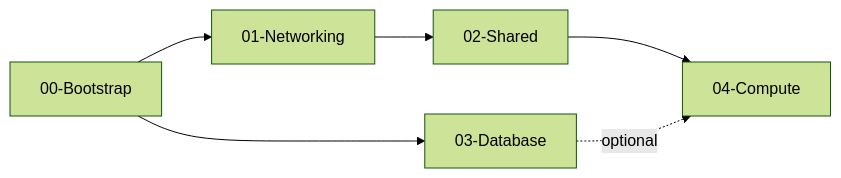
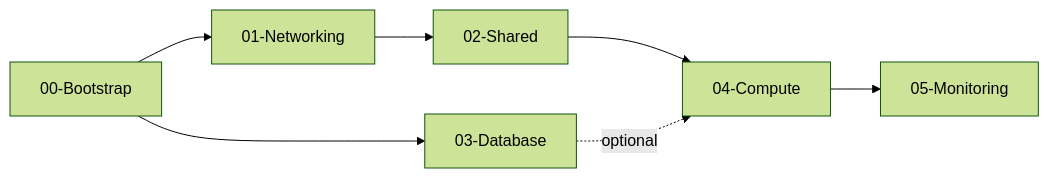
One commit to piizei/azure-stamp-infra changed the second of 3 diagrams in README.md. Above: the diagram before and after it, drawn with Mermaid (forest theme). The commit also changed other lines of this file, not shown here.

Commit message:
Added monitoring layer

````diff
--- a/README.md
+++ b/README.md
@@ -94,6 +109,6 @@
 ```mermaid
 flowchart LR
-    L0[00-Bootstrap] --> L1[01-Networking] --> L2[02-Shared] --> L4[04-Compute]
+    L0[00-Bootstrap] --> L1[01-Networking] --> L2[02-Shared] --> L4[04-Compute] --> L5[05-Monitoring]
     L0 --> L3[03-Database]
     L3 -.->|optional| L4
 ```
````
